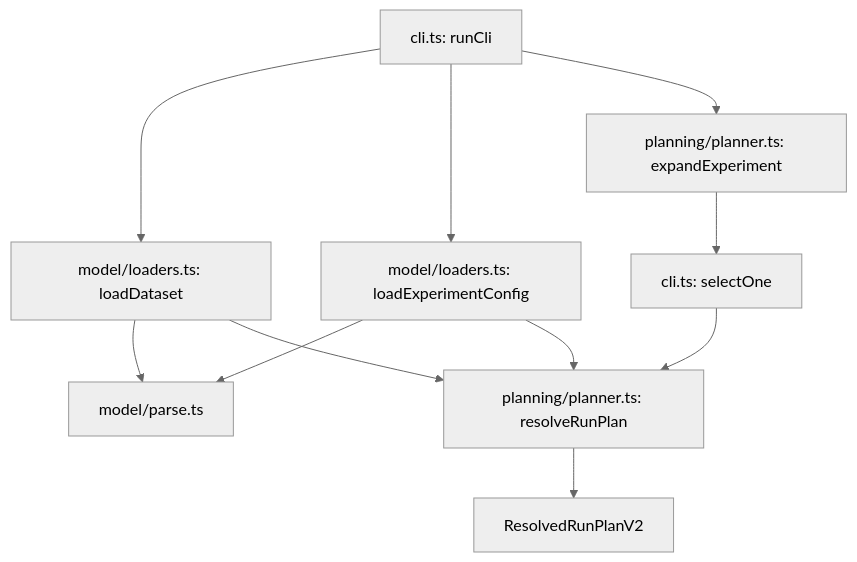
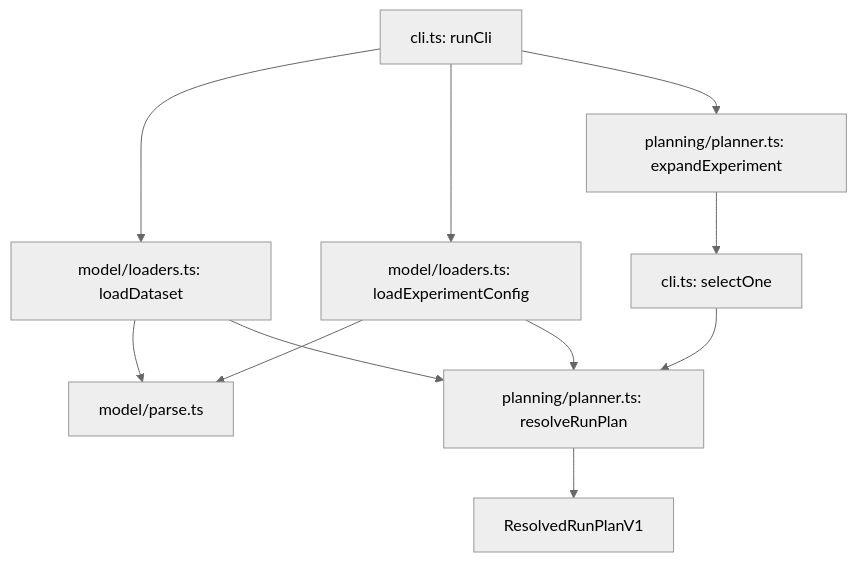
The second of 3 diagrams in docs/codebase-guide.md (stripe/forge), drawn with Mermaid (neutral theme) before and after one commit. The commit also changed other lines of this file and 30 other files, not shown here.

First line of the commit message:
forge: keep unreleased schemas and public types at v1

````diff
--- a/docs/codebase-guide.md
+++ b/docs/codebase-guide.md
@@ -144,18 +144,18 @@
 ```mermaid
 flowchart TD
     CLI[cli.ts: runCli]
     LD[model/loaders.ts: loadDataset]
     LE[model/loaders.ts: loadExperimentConfig]
     PM[model/parse.ts]
     EX[planning/planner.ts: expandExperiment]
     SEL[cli.ts: selectOne]
     RP[planning/planner.ts: resolveRunPlan]
-    PLAN[ResolvedRunPlanV2]
+    PLAN[ResolvedRunPlanV1]
 
     CLI --> LD --> PM
     CLI --> LE --> PM
     CLI --> EX --> SEL --> RP
     LD --> RP
     LE --> RP
     RP --> PLAN
 ```
````
